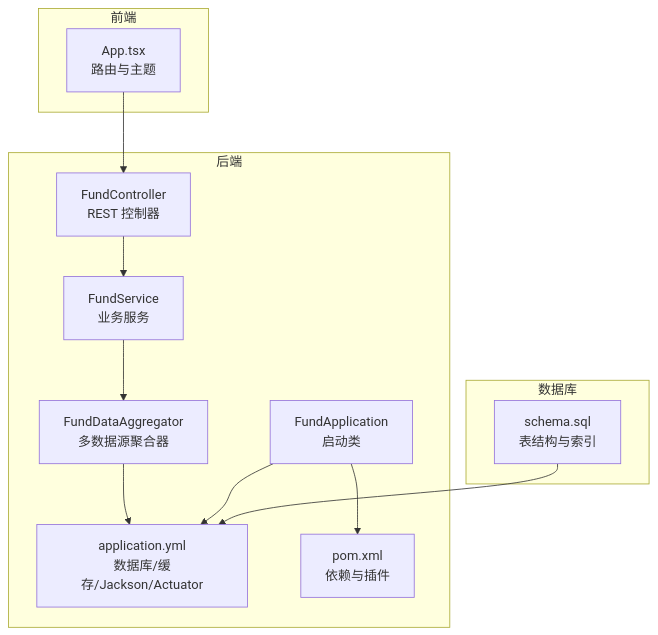
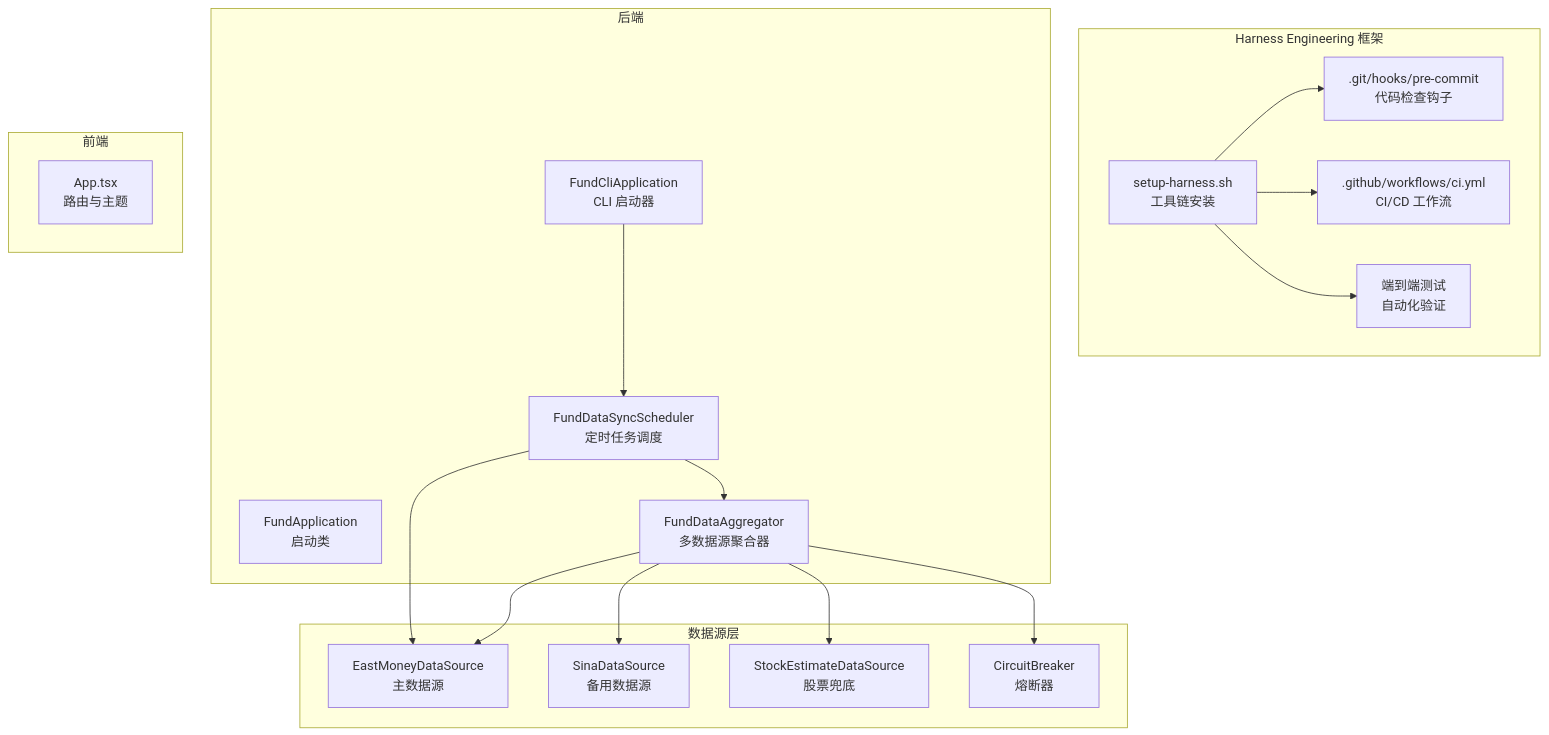
One commit to gree-coder/fund-butler changed the first of 7 diagrams in .qoder/repowiki/zh/content/Agents Maintenance.md. Above: the diagram before and after it, drawn with Mermaid. The commit also changed other lines of this file and 7 other files, not shown here.

Commit message:
fix: 修复收益趋势图全0问题，实现历史收益计算逻辑

````diff
--- a/.qoder/repowiki/zh/content/Agents Maintenance.md
+++ b/.qoder/repowiki/zh/content/Agents Maintenance.md
@@ -42,24 +72,34 @@
 ```mermaid
 graph TB
+subgraph "Harness Engineering 框架"
+SETUP["setup-harness.sh<br/>工具链安装"]
+PRE_COMMIT[".git/hooks/pre-commit<br/>代码检查钩子"]
+CI[".github/workflows/ci.yml<br/>CI/CD 工作流"]
+ENDTOEND["端到端测试<br/>自动化验证"]
+end
 subgraph "后端"
 FA["FundApplication<br/>启动类"]
-CFG["application.yml<br/>数据库/缓存/Jackson/Actuator"]
-POM["pom.xml<br/>依赖与插件"]
-DS["FundDataAggregator<br/>多数据源聚合器"]
-SVC["FundService<br/>业务服务"]
-CTRL["FundController<br/>REST 控制器"]
+SCHED["FundDataSyncScheduler<br/>定时任务调度"]
+CLI["FundCliApplication<br/>CLI 启动器"]
+AGG["FundDataAggregator<br/>多数据源聚合器"]
+end
+subgraph "数据源层"
+EM["EastMoneyDataSource<br/>主数据源"]
+SINA["SinaDataSource<br/>备用数据源"]
+STOCK["StockEstimateDataSource<br/>股票兜底"]
+CB["CircuitBreaker<br/>熔断器"]
 end
 subgraph "前端"
 APP["App.tsx<br/>路由与主题"]
 end
-subgraph "数据库"
-SCHEMA["schema.sql<br/>表结构与索引"]
-end
-APP --> CTRL
-CTRL --> SVC
-SVC --> DS
-DS --> CFG
-FA --> CFG
-FA --> POM
-SCHEMA --> CFG
+SETUP --> PRE_COMMIT
+SETUP --> CI
+SETUP --> ENDTOEND
+SCHED --> EM
+SCHED --> AGG
+CLI --> SCHED
+AGG --> EM
+AGG --> SINA
+AGG --> STOCK
+AGG --> CB
 ```
````
